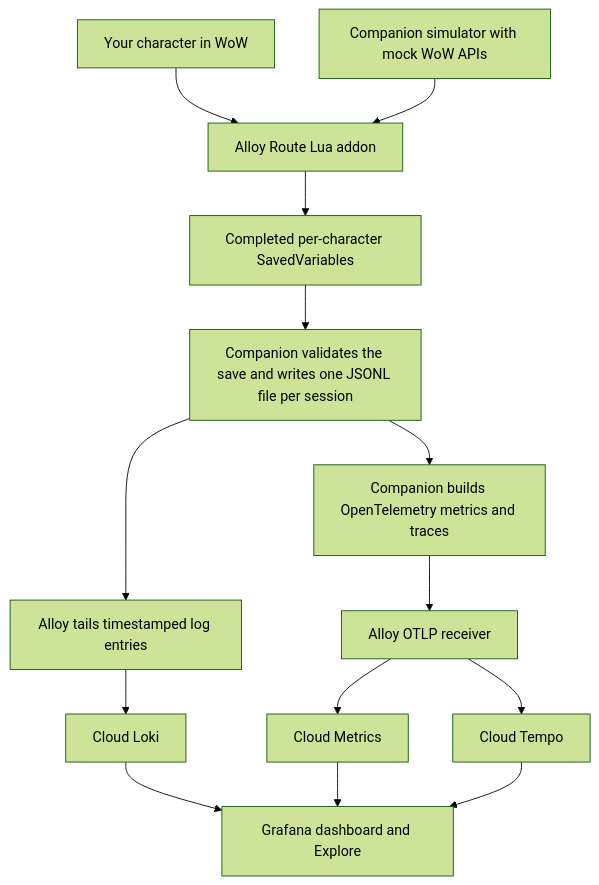
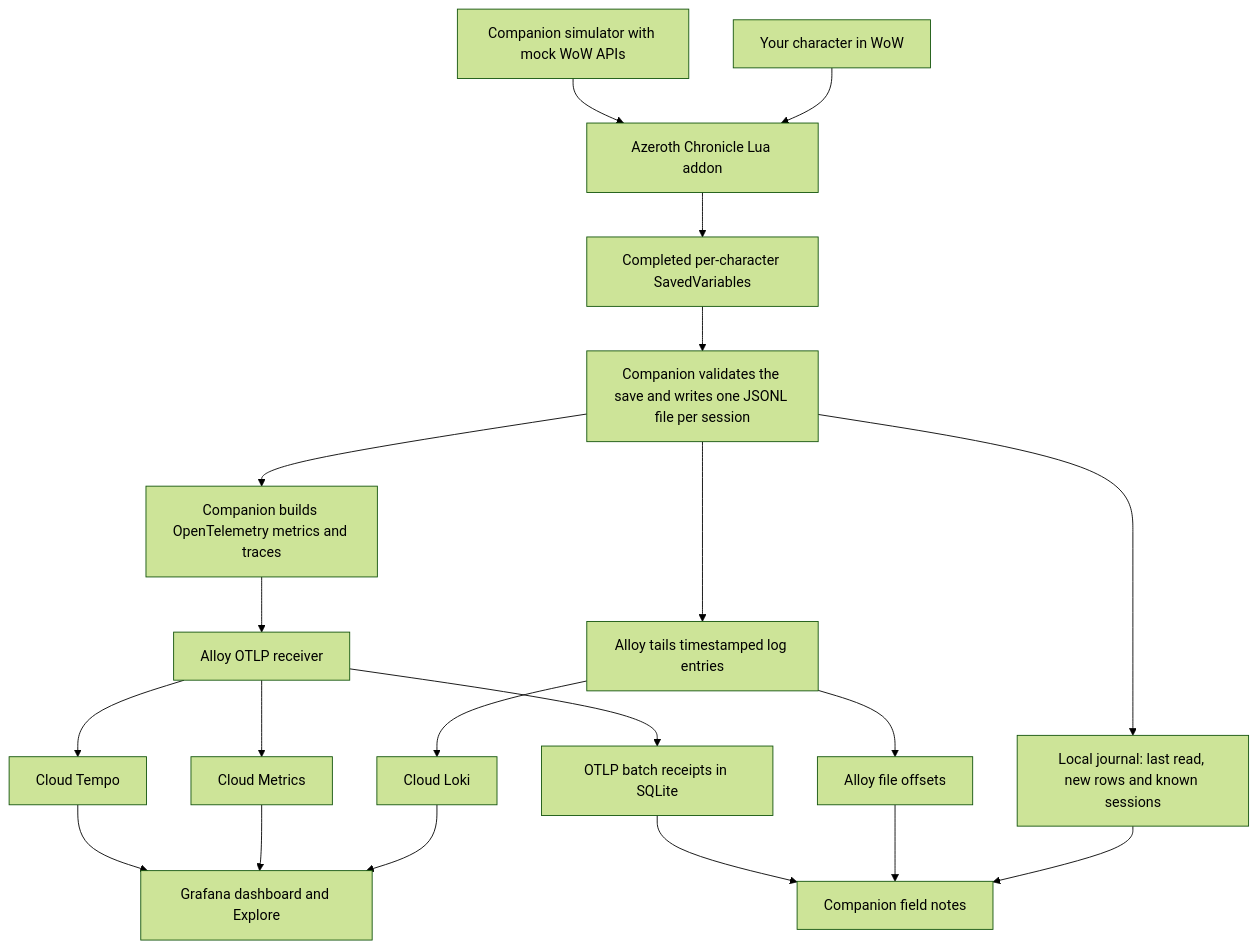
Before and after one commit to grafana/alloy-scenarios: the first of 2 diagrams in wow-character-progression/ARCHITECTURE.md, drawn with Mermaid (forest theme). The commit also changed other lines of this file and 25 other files, not shown here.

Commit message:
Build Azeroth Chronicle gameplay journal and local Alloy delivery receipts

````diff
--- a/wow-character-progression/ARCHITECTURE.md
+++ b/wow-character-progression/ARCHITECTURE.md
@@ -5,16 +5,22 @@
 ```mermaid
 flowchart TD
-    W["Your character in WoW"] --> A["Alloy Route Lua addon"]
+    W["Your character in WoW"] --> A["Azeroth Chronicle Lua addon"]
     S["Companion simulator with mock WoW APIs"] --> A
     A --> F["Completed per-character SavedVariables"]
     F --> R["Companion validates the save and writes one JSONL file per session"]
     R --> L["Alloy tails timestamped log entries"]
     R --> E["Companion builds OpenTelemetry metrics and traces"]
     L --> LK["Cloud Loki"]
     E --> O["Alloy OTLP receiver"]
     O --> M["Cloud Metrics"]
     O --> T["Cloud Tempo"]
+    R --> J["Local journal: last read, new rows and known sessions"]
+    L --> P["Alloy file offsets"]
+    O --> D["OTLP batch receipts in SQLite"]
+    J --> UI["Companion field notes"]
+    P --> UI
+    D --> UI
     LK --> G["Grafana dashboard and Explore"]
     M --> G
     T --> G
 ```
````
